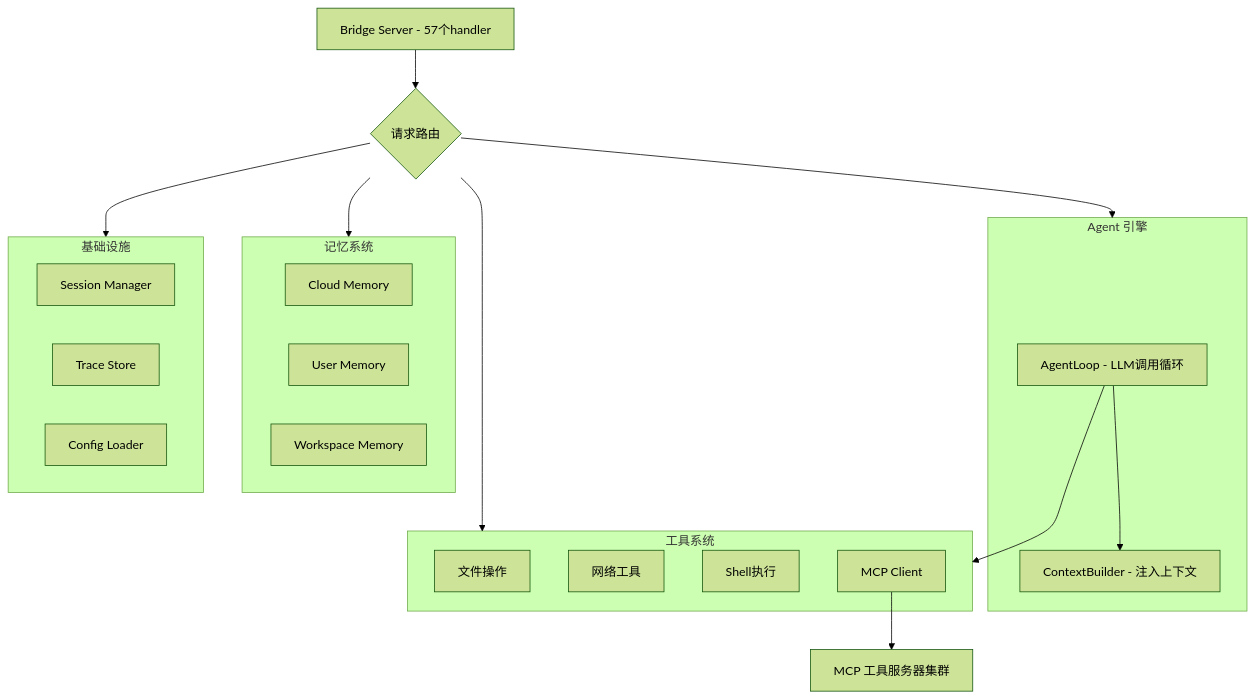
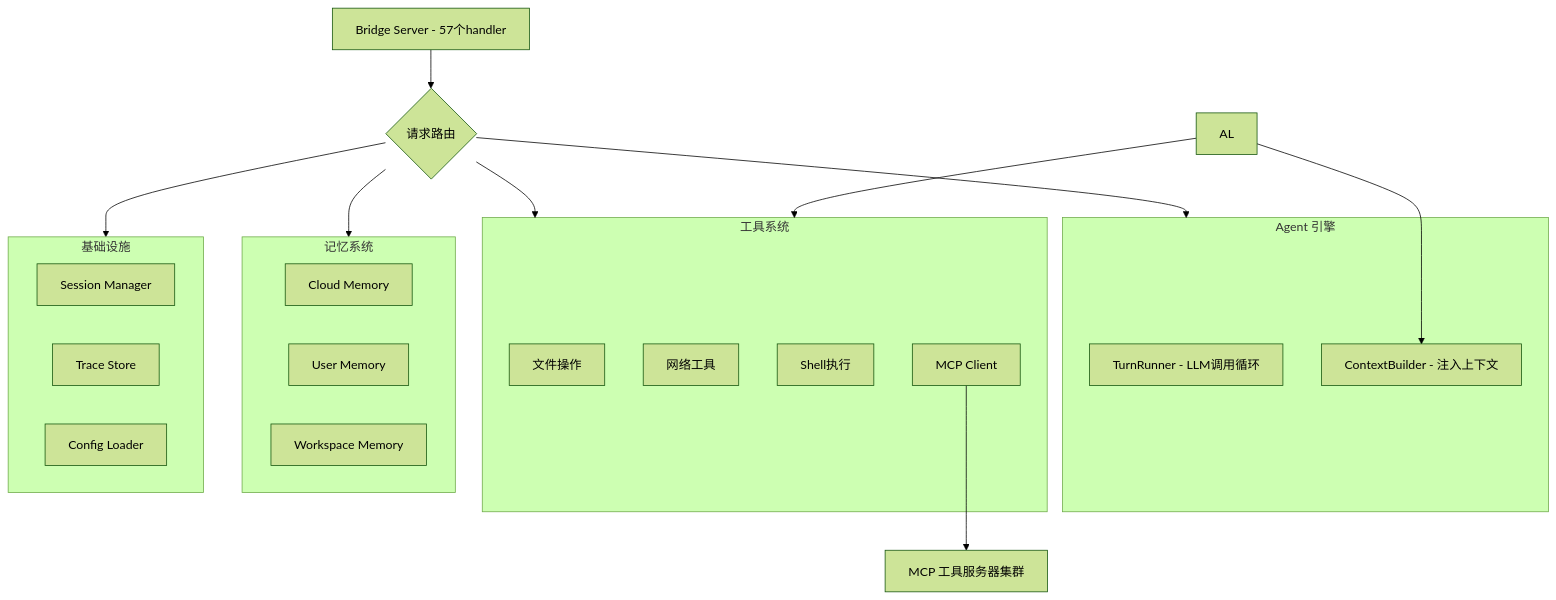
One commit to 14790897/MiQi changed the second of 2 diagrams in docs/architecture.md. Above: the diagram before and after it, drawn with Mermaid (forest theme). The commit also changed 22 other files, not shown here.

Commit message:
docs(architecture): describe runtime-owned execution

````diff
--- a/docs/architecture.md
+++ b/docs/architecture.md
@@ -35,40 +35,40 @@
 ```mermaid
 graph TB
     BS[Bridge Server - 57个handler]
     R{请求路由}
 
     BS --> R
 
     subgraph AgentEngine [Agent 引擎]
-        AL[AgentLoop - LLM调用循环]
+        TR[TurnRunner - LLM调用循环]
         CTX[ContextBuilder - 注入上下文]
     end
 
     subgraph ToolSystem [工具系统]
         FS[文件操作]
         NET[网络工具]
         EXEC[Shell执行]
         MCP_C[MCP Client]
     end
 
     subgraph MemorySys [记忆系统]
         CLOUD[Cloud Memory]
         USR[User Memory]
         WSP[Workspace Memory]
     end
 
     subgraph Infra [基础设施]
         SM[Session Manager]
         TS[Trace Store]
         CFG[Config Loader]
     end
 
     R --> AgentEngine
     R --> ToolSystem
     R --> MemorySys
     R --> Infra
 
     AL --> CTX
     AL --> ToolSystem
     MCP_C --> MCPS[MCP 工具服务器集群]
 ```
````
